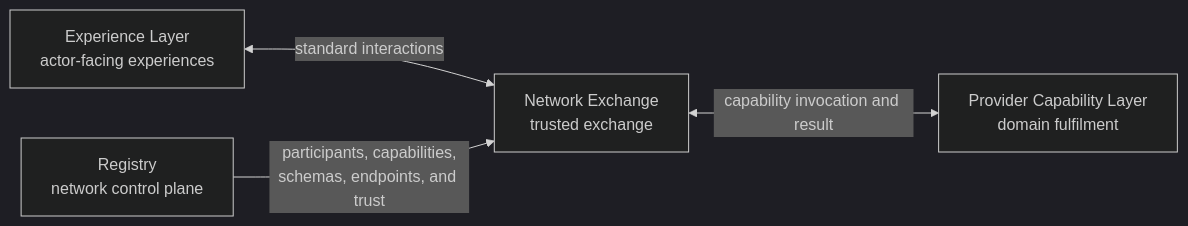
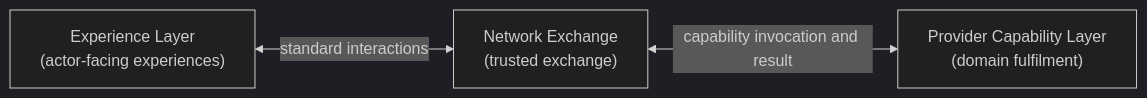
Before and after one commit to manjudr/documents: the third of 6 diagrams in PROPOSED_ARCHITECTURE.md, drawn with Mermaid (dark theme). The commit also changed other lines of this file, not shown here.

Commit message:
docs: refine OpenAgriNet component architecture

````diff
--- a/PROPOSED_ARCHITECTURE.md
+++ b/PROPOSED_ARCHITECTURE.md
@@ -118,11 +118,9 @@
 ```mermaid
 flowchart LR
-  E["Experience Layer<br/>actor-facing experiences"]
-  N["Network Exchange<br/>trusted exchange"]
-  P["Provider Capability Layer<br/>domain fulfilment"]
-  R["Registry<br/>network control plane"]
+  E["Experience Layer<br/>(actor-facing experiences)"]
+  N["Network Exchange<br/>(trusted exchange)"]
+  P["Provider Capability Layer<br/>(domain fulfilment)"]
 
   E <-->|"standard interactions"| N
   N <-->|"capability invocation and result"| P
-  R -->|"participants, capabilities,<br/>schemas, endpoints, and trust"| N
 ```
````
